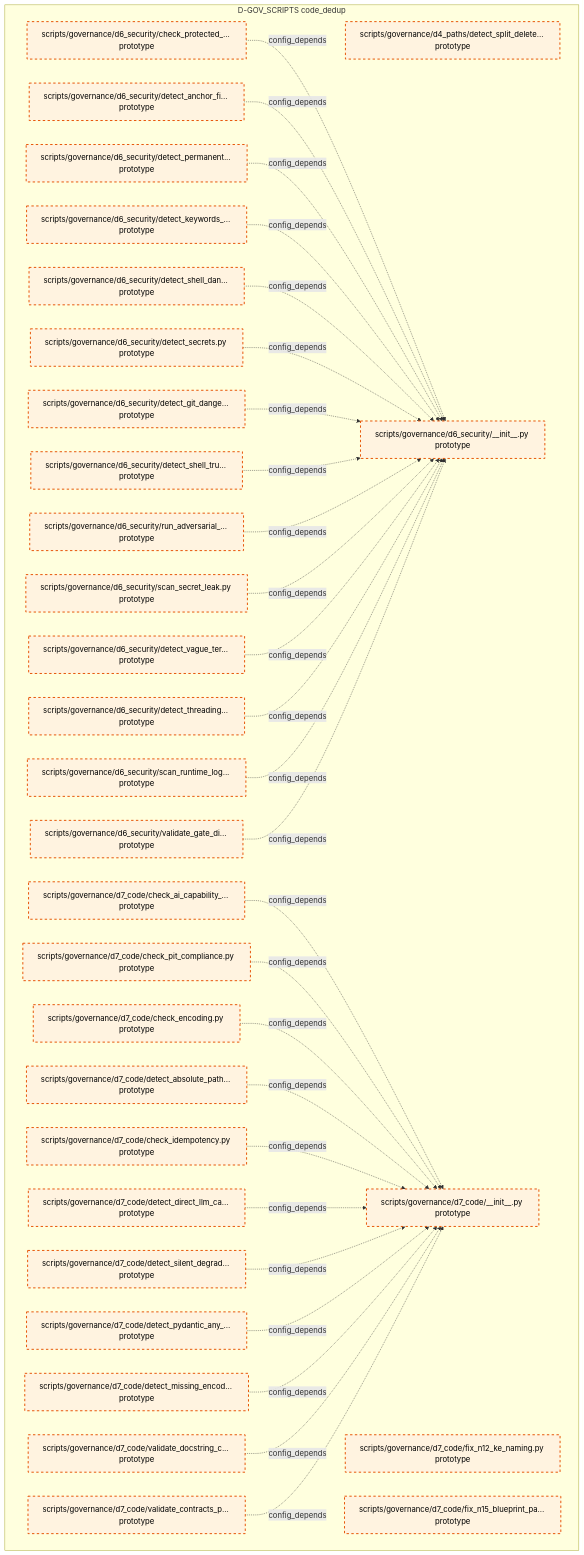
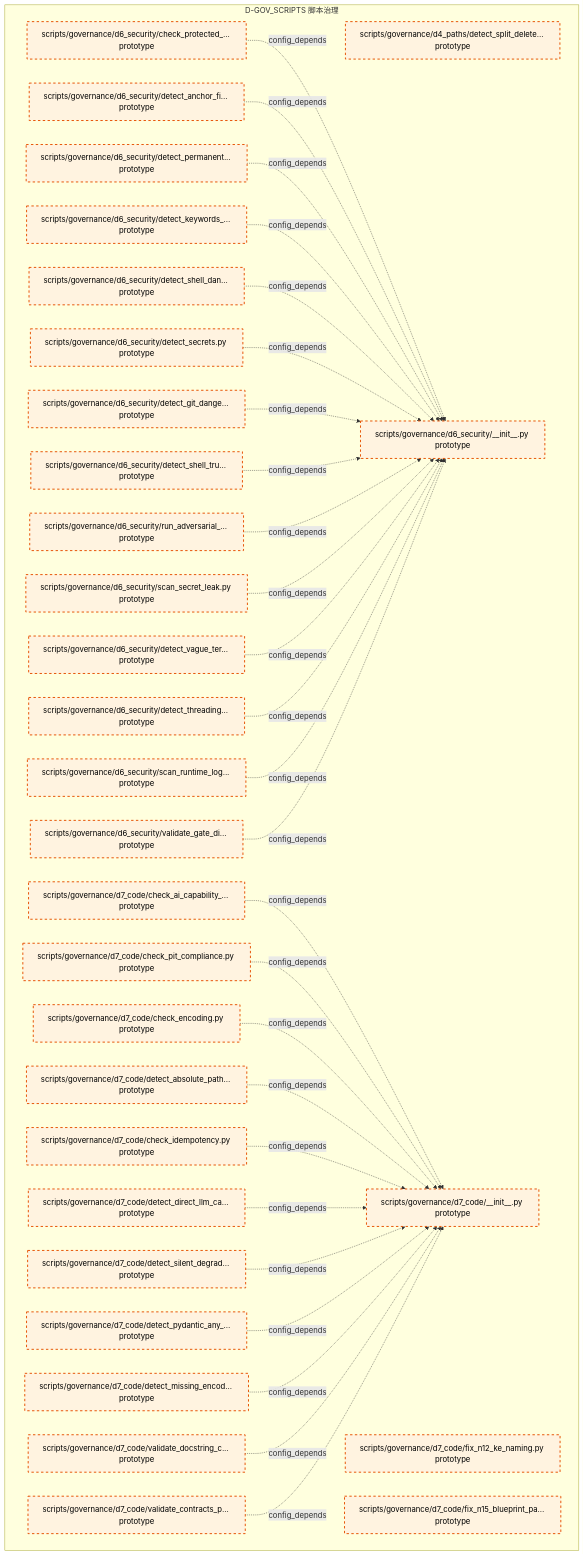
The eighth of 14 diagrams in docs/02_enterprise_architecture/02_domain_architecture_docs/39_d_gov_scripts.md (xuanFelixVan/ZephyrAlpha), drawn with Mermaid before and after one commit. The commit also changed other lines of this file and 105 other files, not shown here.

````diff
--- a/docs/02_enterprise_architecture/02_domain_architecture_docs/39_d_gov_scripts.md
+++ b/docs/02_enterprise_architecture/02_domain_architecture_docs/39_d_gov_scripts.md
@@ -517,65 +517,65 @@
 ```mermaid
 graph TD
-    subgraph D_GOV_SCRIPTS["D-GOV_SCRIPTS code_dedup"]
+    subgraph D_GOV_SCRIPTS["D-GOV_SCRIPTS 脚本治理"]
         scripts_governance_d4_paths_detect_split_delete_ref_commit_py["scripts/governance/d4_paths/detect_split_delete... prototype"]
         scripts_governance_d6_security_init_py["scripts/governance/d6_security/__init__.py prototype"]
         scripts_governance_d6_security_check_protected_paths_py["scripts/governance/d6_security/check_protected_... prototype"]
         scripts_governance_d6_security_detect_anchor_file_deletion_py["scripts/governance/d6_security/detect_anchor_fi... prototype"]
         scripts_governance_d6_security_detect_git_dangerous_py["scripts/governance/d6_security/detect_git_dange... prototype"]
         scripts_governance_d6_security_detect_keywords_in_logs_py["scripts/governance/d6_security/detect_keywords_... prototype"]
         scripts_governance_d6_security_detect_permanent_file_deletion_py["scripts/governance/d6_security/detect_permanent... prototype"]
         scripts_governance_d6_security_detect_secrets_py["scripts/governance/d6_security/detect_secrets.py prototype"]
         scripts_governance_d6_security_detect_shell_dangerous_py["scripts/governance/d6_security/detect_shell_dan... prototype"]
         scripts_governance_d6_security_detect_shell_true_py["scripts/governance/d6_security/detect_shell_tru... prototype"]
         scripts_governance_d6_security_detect_threading_lock_py["scripts/governance/d6_security/detect_threading... prototype"]
         scripts_governance_d6_security_detect_vague_terms_py["scripts/governance/d6_security/detect_vague_ter... prototype"]
         scripts_governance_d6_security_run_adversarial_checks_py["scripts/governance/d6_security/run_adversarial_... prototype"]
         scripts_governance_d6_security_scan_runtime_log_secrets_py["scripts/governance/d6_security/scan_runtime_log... prototype"]
         scripts_governance_d6_security_scan_secret_leak_py["scripts/governance/d6_security/scan_secret_leak.py prototype"]
         scripts_governance_d6_security_validate_gate_discipline_py["scripts/governance/d6_security/validate_gate_di... prototype"]
         scripts_governance_d7_code_init_py["scripts/governance/d7_code/__init__.py prototype"]
         scripts_governance_d7_code_check_ai_capability_boundary_py["scripts/governance/d7_code/check_ai_capability_... prototype"]
         scripts_governance_d7_code_check_encoding_py["scripts/governance/d7_code/check_encoding.py prototype"]
         scripts_governance_d7_code_check_idempotency_py["scripts/governance/d7_code/check_idempotency.py prototype"]
         scripts_governance_d7_code_check_pit_compliance_py["scripts/governance/d7_code/check_pit_compliance.py prototype"]
         scripts_governance_d7_code_detect_absolute_path_hardcoding_py["scripts/governance/d7_code/detect_absolute_path... prototype"]
         scripts_governance_d7_code_detect_direct_llm_calls_py["scripts/governance/d7_code/detect_direct_llm_ca... prototype"]
         scripts_governance_d7_code_detect_missing_encoding_py["scripts/governance/d7_code/detect_missing_encod... prototype"]
         scripts_governance_d7_code_detect_pydantic_any_fields_py["scripts/governance/d7_code/detect_pydantic_any_... prototype"]
         scripts_governance_d7_code_detect_silent_degradation_py["scripts/governance/d7_code/detect_silent_degrad... prototype"]
         scripts_governance_d7_code_fix_n12_ke_naming_py["scripts/governance/d7_code/fix_n12_ke_naming.py prototype"]
         scripts_governance_d7_code_fix_n15_blueprint_path_py["scripts/governance/d7_code/fix_n15_blueprint_pa... prototype"]
         scripts_governance_d7_code_validate_contracts_purity_py["scripts/governance/d7_code/validate_contracts_p... prototype"]
         scripts_governance_d7_code_validate_docstring_coverage_py["scripts/governance/d7_code/validate_docstring_c... prototype"]
     end
     scripts_governance_d6_security_check_protected_paths_py -.->|config_depends| scripts_governance_d6_security_init_py
     scripts_governance_d6_security_detect_anchor_file_deletion_py -.->|config_depends| scripts_governance_d6_security_init_py
     scripts_governance_d6_security_detect_permanent_file_deletion_py -.->|config_depends| scripts_governance_d6_security_init_py
     scripts_governance_d6_security_detect_keywords_in_logs_py -.->|config_depends| scripts_governance_d6_security_init_py
     scripts_governance_d6_security_detect_shell_dangerous_py -.->|config_depends| scripts_governance_d6_security_init_py
     scripts_governance_d6_security_detect_secrets_py -.->|config_depends| scripts_governance_d6_security_init_py
     scripts_governance_d6_security_detect_git_dangerous_py -.->|config_depends| scripts_governance_d6_security_init_py
     scripts_governance_d6_security_detect_shell_true_py -.->|config_depends| scripts_governance_d6_security_init_py
     scripts_governance_d6_security_run_adversarial_checks_py -.->|config_depends| scripts_governance_d6_security_init_py
     scripts_governance_d6_security_scan_secret_leak_py -.->|config_depends| scripts_governance_d6_security_init_py
     scripts_governance_d6_security_detect_vague_terms_py -.->|config_depends| scripts_governance_d6_security_init_py
     scripts_governance_d6_security_detect_threading_lock_py -.->|config_depends| scripts_governance_d6_security_init_py
     scripts_governance_d6_security_scan_runtime_log_secrets_py -.->|config_depends| scripts_governance_d6_security_init_py
     scripts_governance_d6_security_validate_gate_discipline_py -.->|config_depends| scripts_governance_d6_security_init_py
     scripts_governance_d7_code_check_ai_capability_boundary_py -.->|config_depends| scripts_governance_d7_code_init_py
     scripts_governance_d7_code_check_pit_compliance_py -.->|config_depends| scripts_governance_d7_code_init_py
     scripts_governance_d7_code_check_encoding_py -.->|config_depends| scripts_governance_d7_code_init_py
     scripts_governance_d7_code_detect_absolute_path_hardcoding_py -.->|config_depends| scripts_governance_d7_code_init_py
     scripts_governance_d7_code_check_idempotency_py -.->|config_depends| scripts_governance_d7_code_init_py
     scripts_governance_d7_code_detect_direct_llm_calls_py -.->|config_depends| scripts_governance_d7_code_init_py
     scripts_governance_d7_code_detect_silent_degradation_py -.->|config_depends| scripts_governance_d7_code_init_py
     scripts_governance_d7_code_detect_pydantic_any_fields_py -.->|config_depends| scripts_governance_d7_code_init_py
     scripts_governance_d7_code_detect_missing_encoding_py -.->|config_depends| scripts_governance_d7_code_init_py
     scripts_governance_d7_code_validate_docstring_coverage_py -.->|config_depends| scripts_governance_d7_code_init_py
     scripts_governance_d7_code_validate_contracts_purity_py -.->|config_depends| scripts_governance_d7_code_init_py
     classDef production fill:#e1f5fe,stroke:#01579b,stroke-width:2px,color:#000
     classDef design fill:#fff3e0,stroke:#e65100,stroke-width:2px,color:#000,stroke-dasharray: 5 5
     classDef external_prod fill:#e8f5e9,stroke:#1b5e20,stroke-width:1px,color:#000
     classDef external_design fill:#fce4ec,stroke:#880e4f,stroke-width:1px,color:#000,stroke-dasharray: 5 5
     class scripts_governance_d4_paths_detect_split_delete_ref_commit_py,scripts_governance_d6_security_init_py,scripts_governance_d6_security_check_protected_paths_py,scripts_governance_d6_security_detect_anchor_file_deletion_py,scripts_governance_d6_security_detect_git_dangerous_py,scripts_governance_d6_security_detect_keywords_in_logs_py,scripts_governance_d6_security_detect_permanent_file_deletion_py,scripts_governance_d6_security_detect_secrets_py,scripts_governance_d6_security_detect_shell_dangerous_py,scripts_governance_d6_security_detect_shell_true_py,scripts_governance_d6_security_detect_threading_lock_py,scripts_governance_d6_security_detect_vague_terms_py,scripts_governance_d6_security_run_adversarial_checks_py,scripts_governance_d6_security_scan_runtime_log_secrets_py,scripts_governance_d6_security_scan_secret_leak_py,scripts_governance_d6_security_validate_gate_discipline_py,scripts_governance_d7_code_init_py,scripts_governance_d7_code_check_ai_capability_boundary_py,scripts_governance_d7_code_check_encoding_py,scripts_governance_d7_code_check_idempotency_py,scripts_governance_d7_code_check_pit_compliance_py,scripts_governance_d7_code_detect_absolute_path_hardcoding_py,scripts_governance_d7_code_detect_direct_llm_calls_py,scripts_governance_d7_code_detect_missing_encoding_py,scripts_governance_d7_code_detect_pydantic_any_fields_py,scripts_governance_d7_code_detect_silent_degradation_py,scripts_governance_d7_code_fix_n12_ke_naming_py,scripts_governance_d7_code_fix_n15_blueprint_path_py,scripts_governance_d7_code_validate_contracts_purity_py,scripts_governance_d7_code_validate_docstring_coverage_py design
 ```
````
